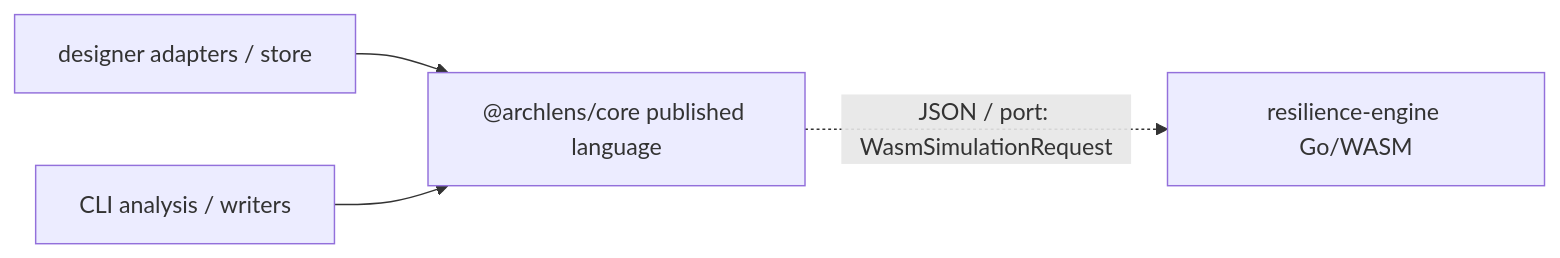
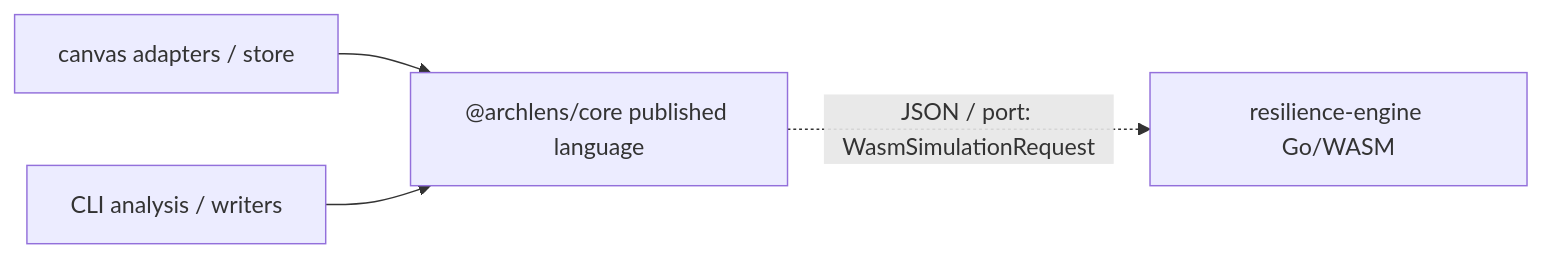
Before and after one commit to mzworthington/archlens: the diagram in docs/ADRs/0007-shared-archlens-core-as-published-language.md, drawn with Mermaid. The commit also changed other lines of this file and 622 other files, not shown here.

Commit message:
refactor: rename designer to canvas to align language

````diff
--- a/docs/ADRs/0007-shared-archlens-core-as-published-language.md
+++ b/docs/ADRs/0007-shared-archlens-core-as-published-language.md
@@ -41,6 +41,6 @@
 ```mermaid
 flowchart LR
-  Designer[designer adapters / store] --> Core["@archlens/core published language"]
+  Canvas[canvas adapters / store] --> Core["@archlens/core published language"]
   CLI[CLI analysis / writers] --> Core
   Core -. "JSON / port: WasmSimulationRequest" .-> Engine[resilience-engine Go/WASM]
 ```
````
